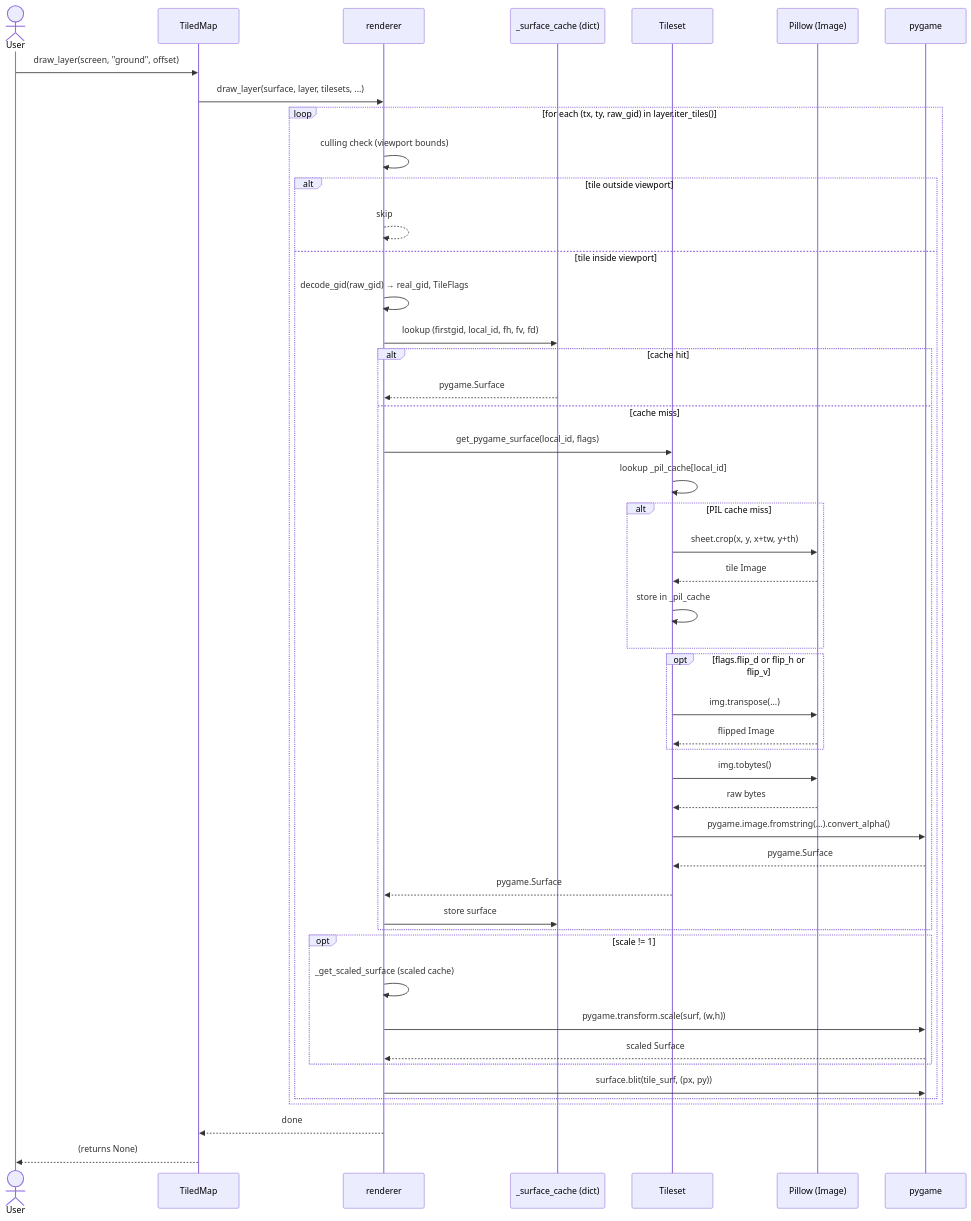
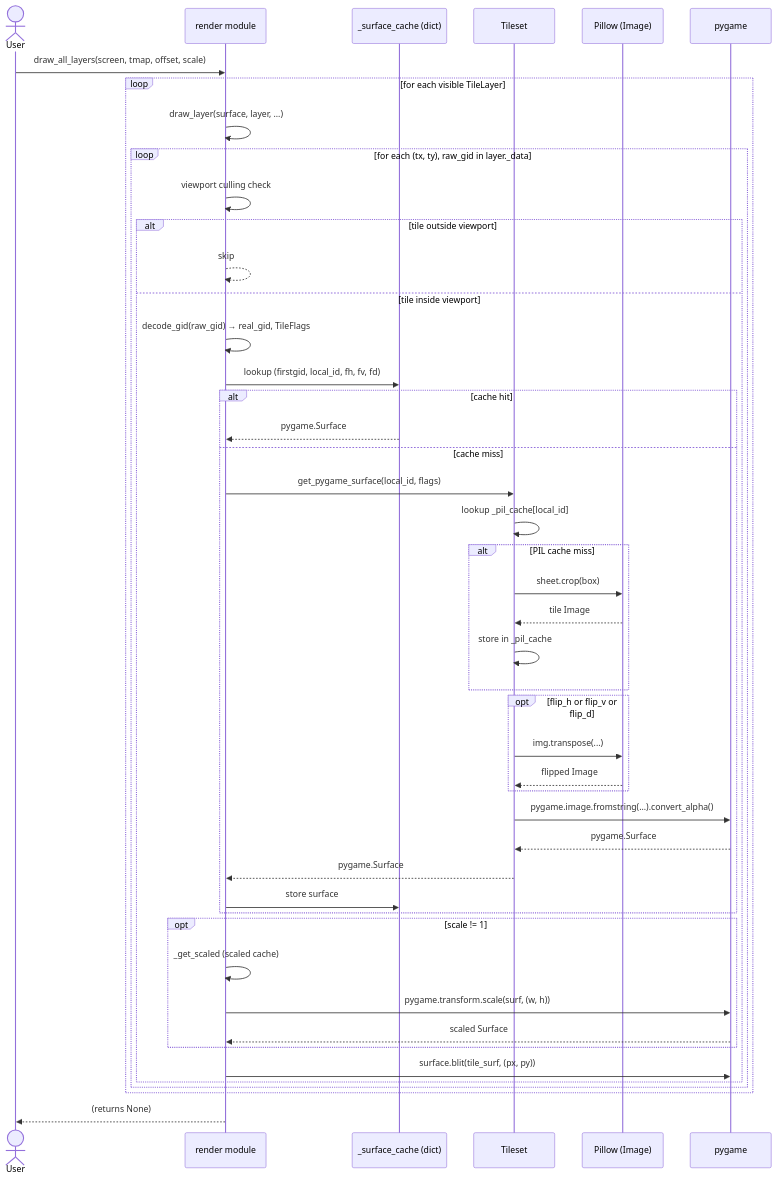
One commit to Aouei/tiledpy changed the second of 5 diagrams in docs/interaction.md. Above: the diagram before and after it, drawn with Mermaid. The commit also changed other lines of this file and 9 other files, not shown here.

````diff
--- a/docs/interaction.md
+++ b/docs/interaction.md
@@ -59,53 +61,52 @@
 ```mermaid
 sequenceDiagram
     actor User
-    participant TM as TiledMap
-    participant R as renderer
-    participant RC as _surface_cache (dict)
+    participant R  as render module
+    participant SC as _surface_cache (dict)
     participant TS as Tileset
     participant PIL as Pillow (Image)
     participant PG as pygame
 
-    User->>TM: draw_layer(screen, "ground", offset)
-    TM->>R: draw_layer(surface, layer, tilesets, ...)
+    User->>R: draw_all_layers(screen, tmap, offset, scale)
 
-    loop for each (tx, ty, raw_gid) in layer.iter_tiles()
-        R->>R: culling check (viewport bounds)
-        alt tile outside viewport
-            R-->>R: skip
-        else tile inside viewport
-            R->>R: decode_gid(raw_gid) → real_gid, TileFlags
-            R->>RC: lookup (firstgid, local_id, fh, fv, fd)
-            alt cache hit
-                RC-->>R: pygame.Surface
-            else cache miss
-                R->>TS: get_pygame_surface(local_id, flags)
-                TS->>TS: lookup _pil_cache[local_id]
-                alt PIL cache miss
-                    TS->>PIL: sheet.crop(x, y, x+tw, y+th)
-                    PIL-->>TS: tile Image
-                    TS->>TS: store in _pil_cache
+    loop for each visible TileLayer
+        R->>R: draw_layer(surface, layer, ...)
+
+        loop for each (tx, ty), raw_gid in layer._data
+            R->>R: viewport culling check
+            alt tile outside viewport
+                R-->>R: skip
+            else tile inside viewport
+                R->>R: decode_gid(raw_gid) → real_gid, TileFlags
+                R->>SC: lookup (firstgid, local_id, fh, fv, fd)
+                alt cache hit
+                    SC-->>R: pygame.Surface
+                else cache miss
+                    R->>TS: get_pygame_surface(local_id, flags)
+                    TS->>TS: lookup _pil_cache[local_id]
+                    alt PIL cache miss
+                        TS->>PIL: sheet.crop(box)
+                        PIL-->>TS: tile Image
+                        TS->>TS: store in _pil_cache
+                    end
+                    opt flip_h or flip_v or flip_d
+                        TS->>PIL: img.transpose(...)
+                        PIL-->>TS: flipped Image
+                    end
+                    TS->>PG: pygame.image.fromstring(...).convert_alpha()
+                    PG-->>TS: pygame.Surface
+                    TS-->>R: pygame.Surface
+                    R->>SC: store surface
                 end
-                opt flags.flip_d or flip_h or flip_v
-                    TS->>PIL: img.transpose(...)
-                    PIL-->>TS: flipped Image
+                opt scale != 1
+                    R->>R: _get_scaled (scaled cache)
+                    R->>PG: pygame.transform.scale(surf, (w, h))
+                    PG-->>R: scaled Surface
                 end
-                TS->>PIL: img.tobytes()
-                PIL-->>TS: raw bytes
-                TS->>PG: pygame.image.fromstring(...).convert_alpha()
-                PG-->>TS: pygame.Surface
-                TS-->>R: pygame.Surface
-                R->>RC: store surface
+                R->>PG: surface.blit(tile_surf, (px, py))
             end
-            opt scale != 1
-                R->>R: _get_scaled_surface (scaled cache)
-                R->>PG: pygame.transform.scale(surf, (w,h))
-                PG-->>R: scaled Surface
-            end
-            R->>PG: surface.blit(tile_surf, (px, py))
         end
     end
 
-    R-->>TM: done
-    TM-->>User: (returns None)
+    R-->>User: (returns None)
 ```
````
